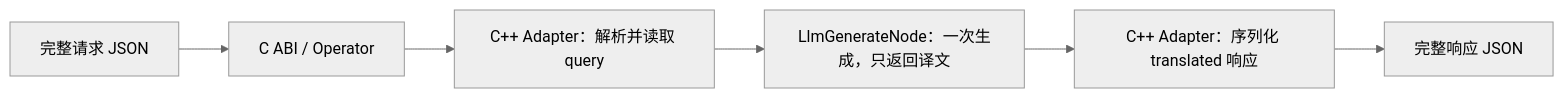
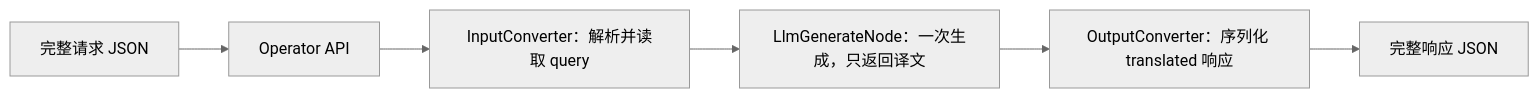
The diagram in doc/solutions/translate.md (chamsechan/LLM-EdgeFlow), drawn with Mermaid (neutral theme) before and after one commit. The commit also changed other lines of this file and 132 other files, not shown here.

Commit message:
refactor(operator): retire C ABI in favor of C++ Operator SDK (RFC-0060)

````diff
--- a/doc/solutions/translate.md
+++ b/doc/solutions/translate.md
@@ -77,8 +85,8 @@
 ```mermaid
 flowchart LR
-    A[完整请求 JSON] --> B[C ABI / Operator]
-    B --> C[C++ Adapter：解析并读取 query]
+    A[完整请求 JSON] --> B[Operator API]
+    B --> C[InputConverter：解析并读取 query]
     C --> E[LlmGenerateNode：一次生成，只返回译文]
-    E --> G[C++ Adapter：序列化 translated 响应]
+    E --> G[OutputConverter：序列化 translated 响应]
     G --> H[完整响应 JSON]
 ```
````
